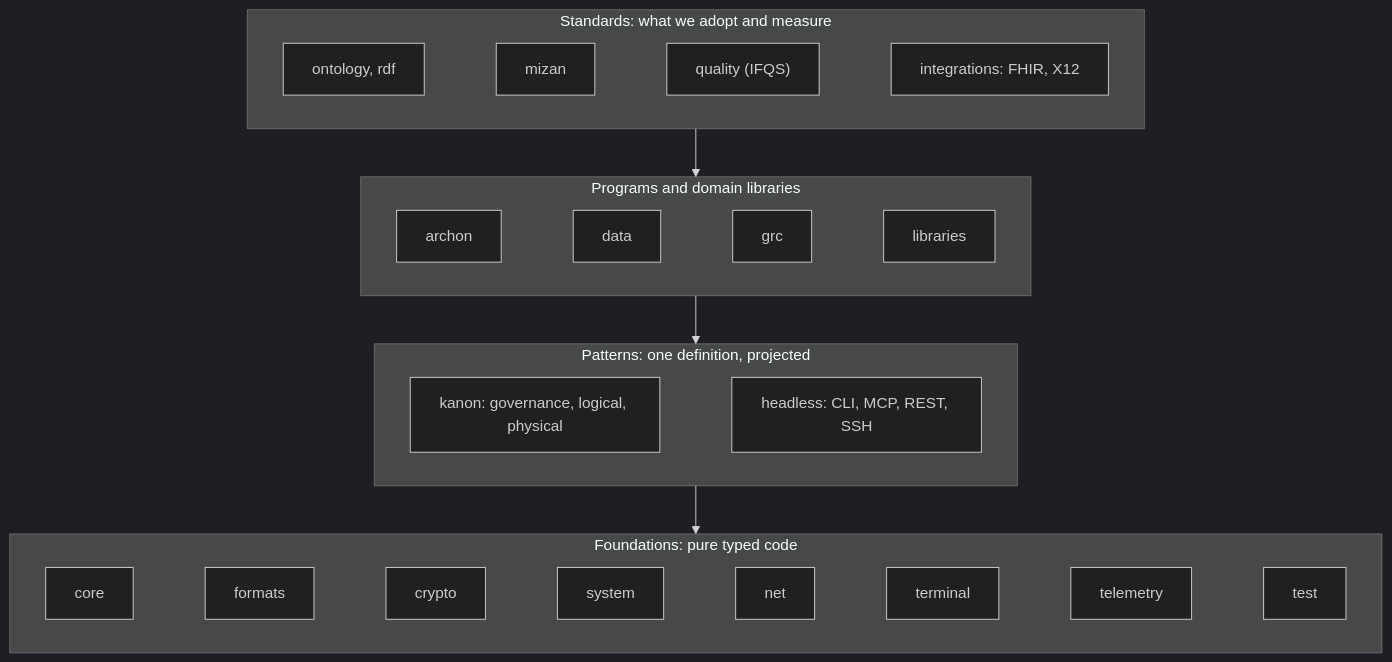
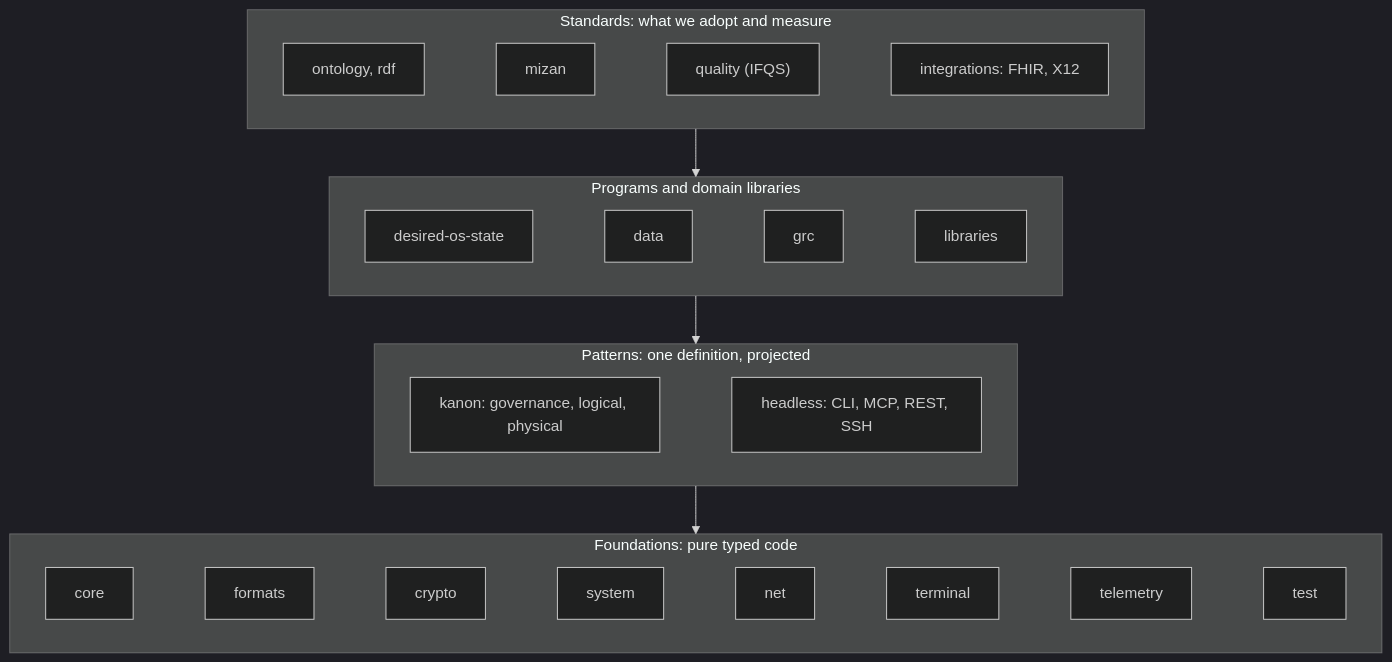
Before and after one commit to intellectual-frontiers/.github: the first of 2 diagrams in README.md, drawn with Mermaid (dark theme). The commit also changed other lines of this file and 481 other files, not shown here.

First line of the commit message:
Rename the archon family to desired-os-state with no alias and add the retired-name test

````diff
--- a/README.md
+++ b/README.md
@@ -15,22 +15,22 @@
 ```mermaid
 flowchart TB
   subgraph standards["Standards: what we adopt and measure"]
     direction LR
     ontology["ontology, rdf"] ~~~ mizan["mizan"] ~~~ quality["quality (IFQS)"] ~~~ integ["integrations: FHIR, X12"]
   end
   subgraph programs["Programs and domain libraries"]
     direction LR
-    archon["archon"] ~~~ data["data"] ~~~ grc["grc"] ~~~ libraries["libraries"]
+    desired-os-state["desired-os-state"] ~~~ data["data"] ~~~ grc["grc"] ~~~ libraries["libraries"]
   end
   subgraph patterns["Patterns: one definition, projected"]
     direction LR
     kanon["kanon: governance, logical, physical"] ~~~ headless["headless: CLI, MCP, REST, SSH"]
   end
   subgraph foundations["Foundations: pure typed code"]
     direction LR
     core["core"] ~~~ formats["formats"] ~~~ crypto["crypto"] ~~~ system["system"] ~~~ net["net"] ~~~ terminal["terminal"] ~~~ telemetry["telemetry"] ~~~ test["test"]
   end
   standards --> programs
   programs --> patterns
   patterns --> foundations
 ```
````
